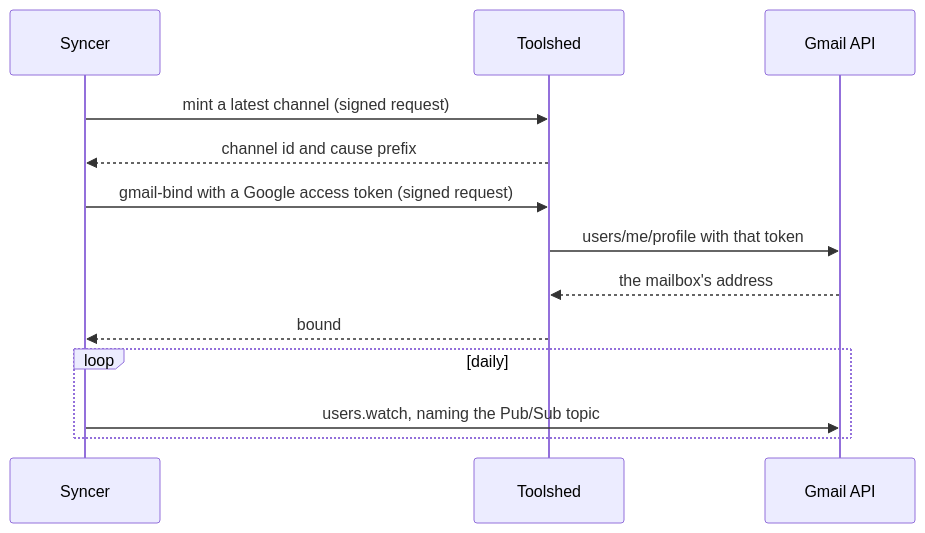
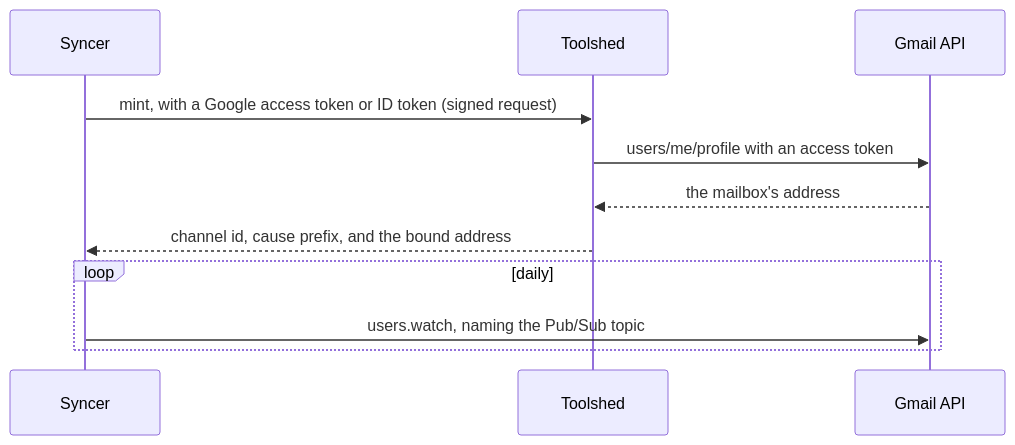
Before and after one commit to commonfabric/labs: the second of 4 diagrams in docs/features/gmail-push-architecture.md, drawn with Mermaid. The commit also changed other lines of this file and 23 other files, not shown here.

````diff
--- a/docs/features/gmail-push-architecture.md
+++ b/docs/features/gmail-push-architecture.md
@@ -87,16 +87,14 @@
 ```mermaid
 sequenceDiagram
     participant S as Syncer
     participant T as Toolshed
     participant G as Gmail API
 
-    S->>T: mint a latest channel (signed request)
-    T-->>S: channel id and cause prefix
-    S->>T: gmail-bind with a Google access token (signed request)
-    T->>G: users/me/profile with that token
+    S->>T: mint, with a Google access token or ID token (signed request)
+    T->>G: users/me/profile with an access token
     G-->>T: the mailbox's address
-    T-->>S: bound
+    T-->>S: channel id, cause prefix, and the bound address
     loop daily
         S->>G: users.watch, naming the Pub/Sub topic
     end
 ```
````
